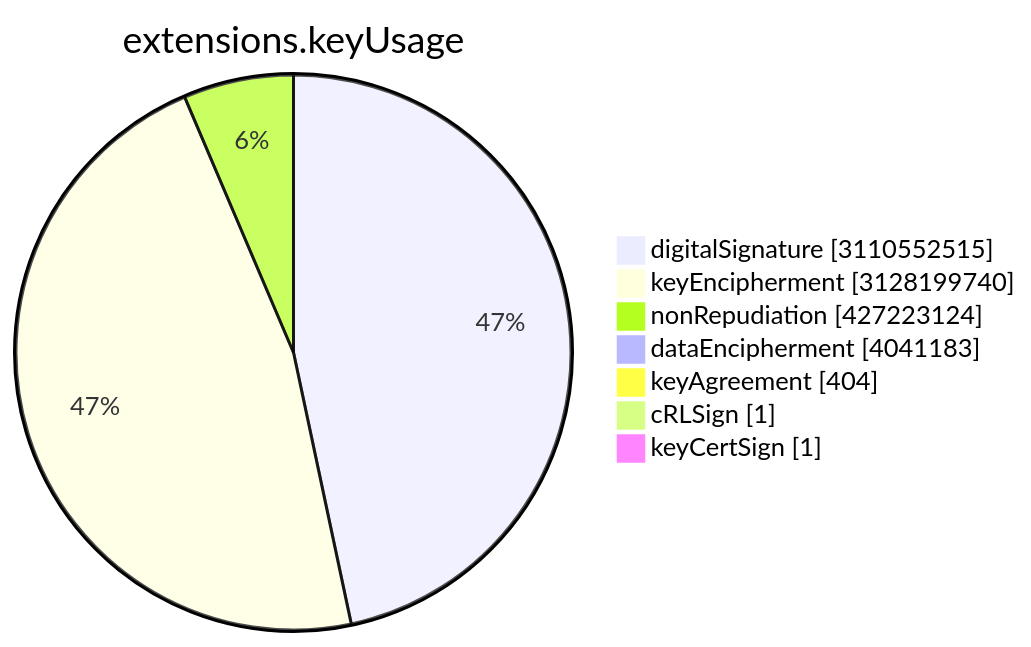
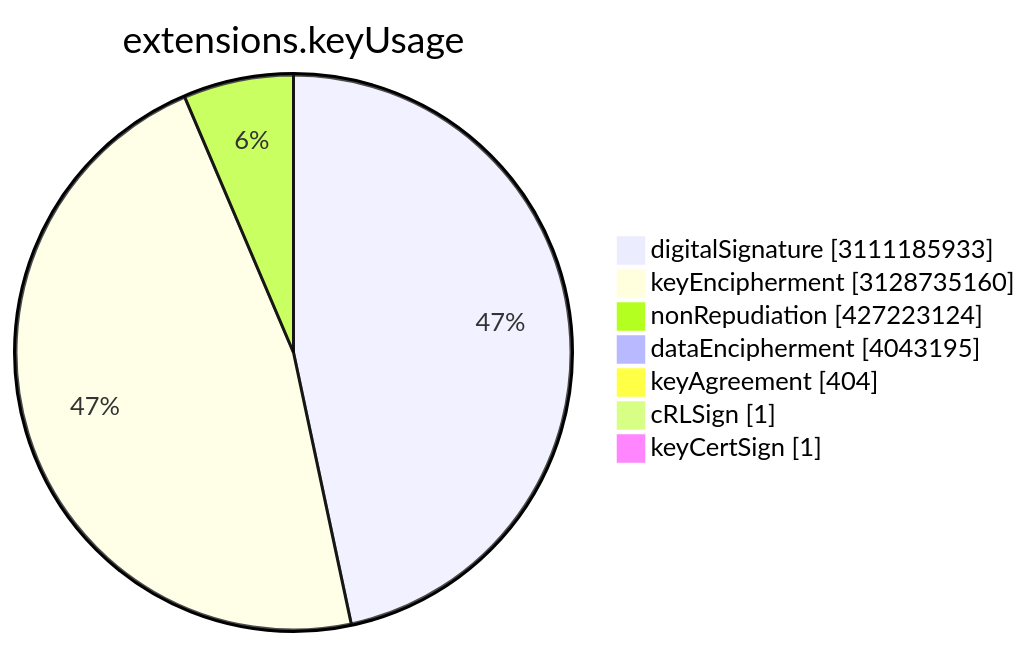
One commit to christiankrug/ctmonitor_visualization changed the sixth of 15 diagrams in TOTAL/README.md. Above: the diagram before and after it, drawn with Mermaid. The commit also changed other lines of this file, not shown here.

````diff
--- a/TOTAL/README.md
+++ b/TOTAL/README.md
@@ -3077,11 +3077,11 @@
 ```mermaid
 pie showData
 title extensions.keyUsage
-"digitalSignature" :3110552515
-"keyEncipherment" :3128199740
+"digitalSignature" :3111185933
+"keyEncipherment" :3128735160
 "nonRepudiation" :427223124
-"dataEncipherment" :4041183
+"dataEncipherment" :4043195
 "keyAgreement" :404
 "cRLSign" :1
 "keyCertSign" :1
 ```
````
